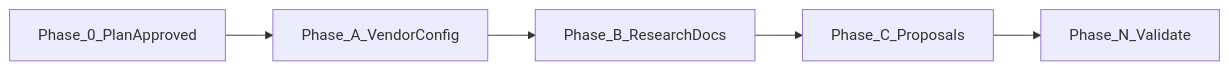
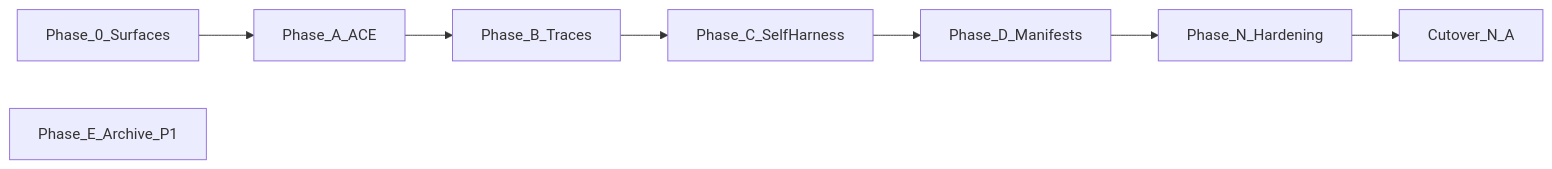
The second of 2 diagrams in IMPLEMENTATION_PLAN.md (Vinayak-RZ/Improveness), drawn with Mermaid before and after one commit. The commit also changed other lines of this file and 6 other files, not shown here.

First line of the commit message:
docs(harness): declare OMP surfaces and kernel

````diff
--- a/IMPLEMENTATION_PLAN.md
+++ b/IMPLEMENTATION_PLAN.md
@@ -249,7 +234,10 @@
 ```mermaid
 flowchart LR
-  P0[Phase_0_PlanApproved] --> PA[Phase_A_VendorConfig]
-  PA --> PB[Phase_B_ResearchDocs]
-  PB --> PC[Phase_C_Proposals]
-  PC --> PN[Phase_N_Validate]
+  P0[Phase_0_Surfaces] --> PA[Phase_A_ACE]
+  PA --> PB[Phase_B_Traces]
+  PB --> PC[Phase_C_SelfHarness]
+  PC --> PD[Phase_D_Manifests]
+  PD --> PN[Phase_N_Hardening]
+  PN --> CO[Cutover_N_A]
+  PE[Phase_E_Archive_P1]
 ```
````
